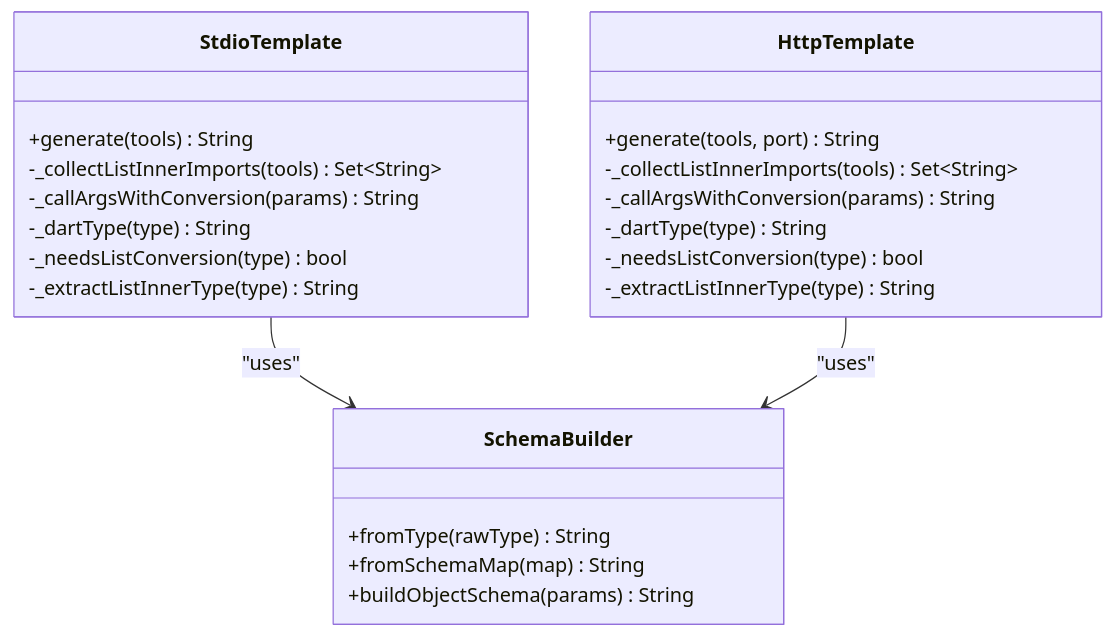
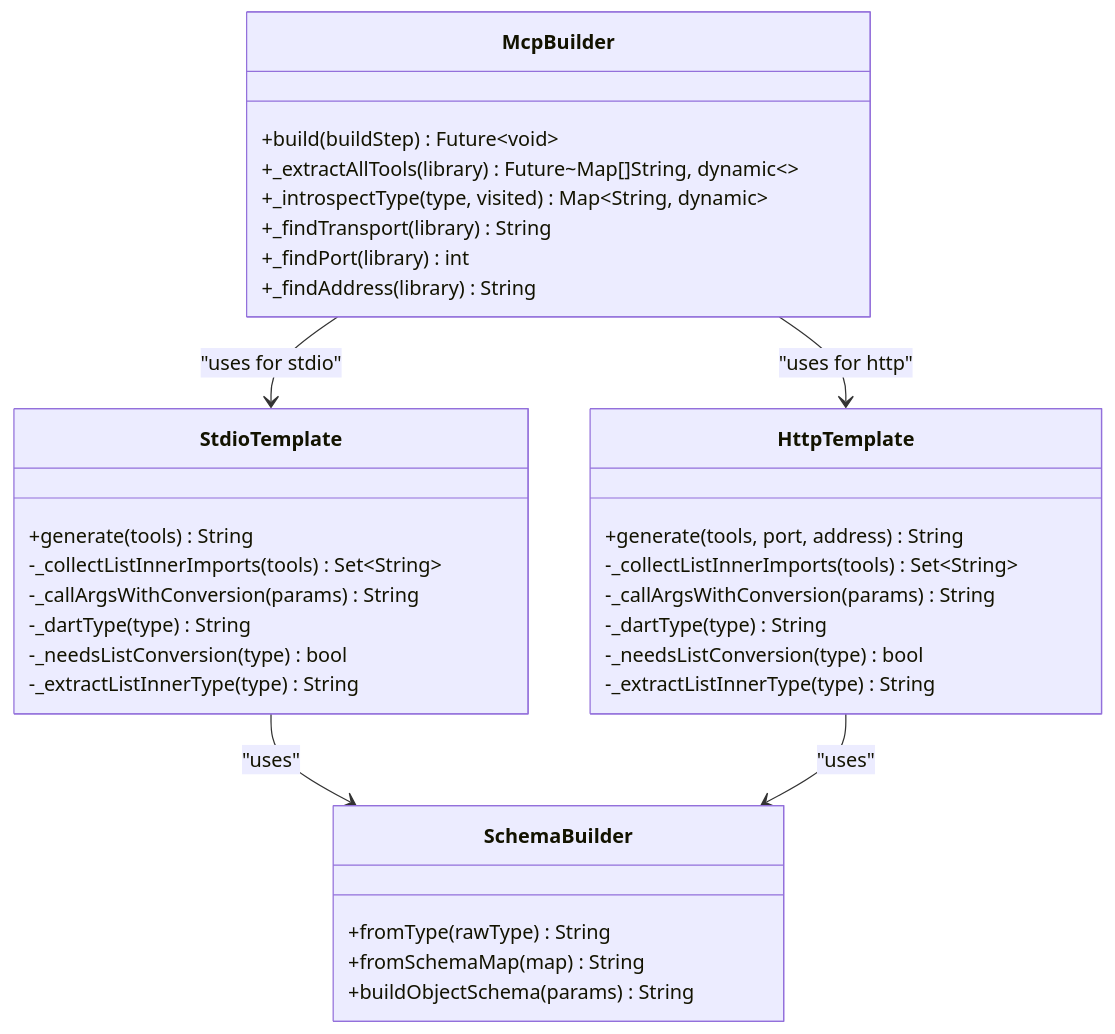
One commit to cdavis-code/easy_mcp_workspace changed the fourth of 7 diagrams in .qoder/repowiki/en/content/Code Generation Engine/Code Generation Engine.md. Above: the diagram before and after it, drawn with Mermaid. The commit also changed other lines of this file and 14 other files, not shown here.

````diff
--- a/.qoder/repowiki/en/content/Code Generation Engine/Code Generation Engine.md
+++ b/.qoder/repowiki/en/content/Code Generation Engine/Code Generation Engine.md
@@ -224,26 +244,36 @@
 ```mermaid
 classDiagram
+class McpBuilder {
++build(buildStep) Future~void~
++_extractAllTools(library) Future~Map[]String, dynamic~~
++_introspectType(type, visited) Map~String, dynamic~
++_findTransport(library) String
++_findPort(library) int
++_findAddress(library) String
+}
 class StdioTemplate {
 +generate(tools) String
 -_collectListInnerImports(tools) Set~String~
 -_callArgsWithConversion(params) String
 -_dartType(type) String
 -_needsListConversion(type) bool
 -_extractListInnerType(type) String
 }
 class HttpTemplate {
-+generate(tools, port) String
++generate(tools, port, address) String
 -_collectListInnerImports(tools) Set~String~
 -_callArgsWithConversion(params) String
 -_dartType(type) String
 -_needsListConversion(type) bool
 -_extractListInnerType(type) String
 }
 class SchemaBuilder {
 +fromType(rawType) String
 +fromSchemaMap(map) String
 +buildObjectSchema(params) String
 }
+McpBuilder --> StdioTemplate : "uses for stdio"
+McpBuilder --> HttpTemplate : "uses for http"
 StdioTemplate --> SchemaBuilder : "uses"
 HttpTemplate --> SchemaBuilder : "uses"
 ```
````
